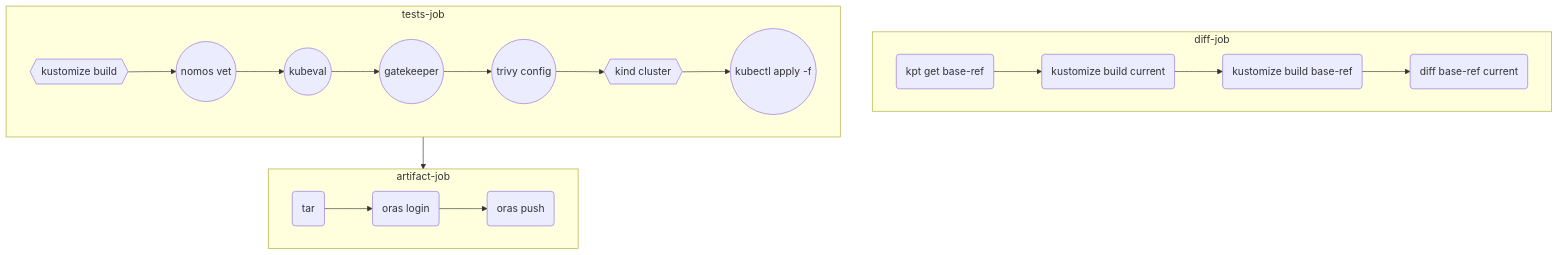
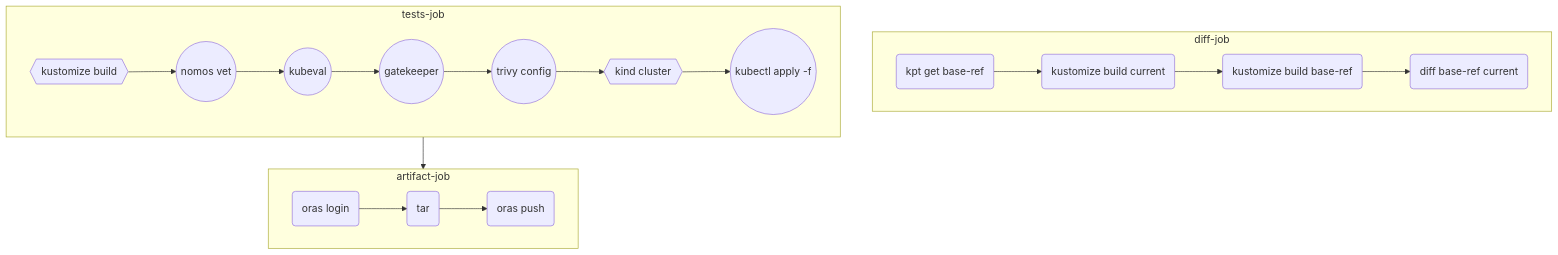
The third of 3 diagrams in README.md (mathieu-benoit/ci-with-helm), drawn with Mermaid before and after one commit. The commit also changed other lines of this file and 1 other file, not shown here.

Commit message:
dedicated artifact push job for policies too

````diff
--- a/README.md
+++ b/README.md
@@ -57,21 +84,21 @@
 ```mermaid
 flowchart TB
     subgraph diff-job
     get(kpt get base-ref) --> build1(kustomize build current)
     build1 --> build2(kustomize build base-ref)
     build2 --> diff(diff base-ref current)
     end
     subgraph tests-job
     hydrate{{kustomize build}} --> vet((nomos vet))
     vet --> kubeval((kubeval))
     kubeval --> gatekeeper((gatekeeper))
     gatekeeper --> trivy((trivy config))
     trivy --> kind{{kind cluster}}
     kind --> deploy((kubectl apply -f))
     end
     subgraph artifact-job
-    package(tar) --> login(oras login)
-    login --> push(oras push)
+    login(oras login) --> package(tar)
+    package --> push(oras push)
     end
     tests-job --> artifact-job
 ```
````
